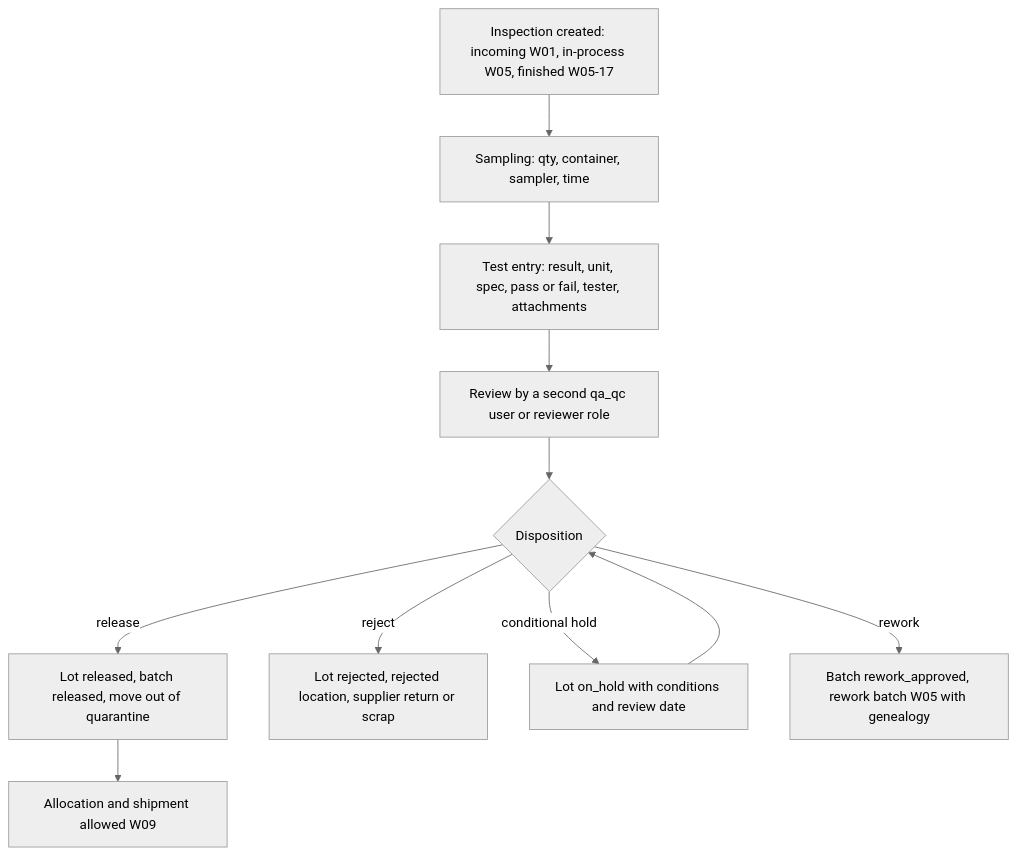
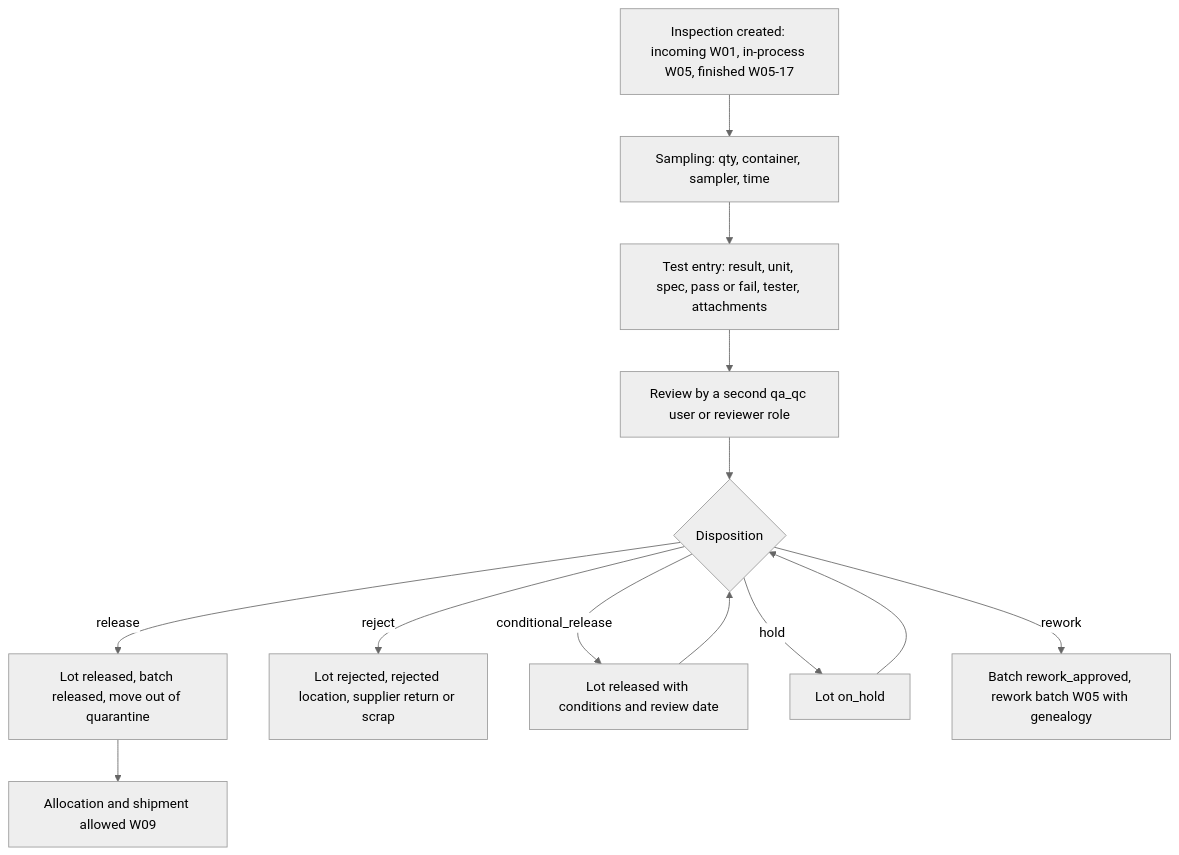
Before and after one commit to jaygglypuff/bryels-care: the sixth of 11 diagrams in docs/process-maps.md, drawn with Mermaid (neutral theme). The commit also changed other lines of this file, not shown here.

First line of the commit message:
Apply review fixes to the process maps

````diff
--- a/docs/process-maps.md
+++ b/docs/process-maps.md
@@ -445,13 +445,15 @@
 ```mermaid
 flowchart TD
   A[Inspection created: incoming W01, in-process W05, finished W05-17] --> B[Sampling: qty, container, sampler, time]
   B --> C[Test entry: result, unit, spec, pass or fail, tester, attachments]
   C --> D[Review by a second qa_qc user or reviewer role]
   D --> E{Disposition}
   E -- release --> F[Lot released, batch released, move out of quarantine]
   E -- reject --> G[Lot rejected, rejected location, supplier return or scrap]
-  E -- conditional hold --> H[Lot on_hold with conditions and review date]
+  E -- conditional_release --> H[Lot released with conditions and review date]
+  E -- hold --> HH[Lot on_hold]
   E -- rework --> I[Batch rework_approved, rework batch W05 with genealogy]
   H --> E
+  HH --> E
   F --> J[Allocation and shipment allowed W09]
 ```
````
